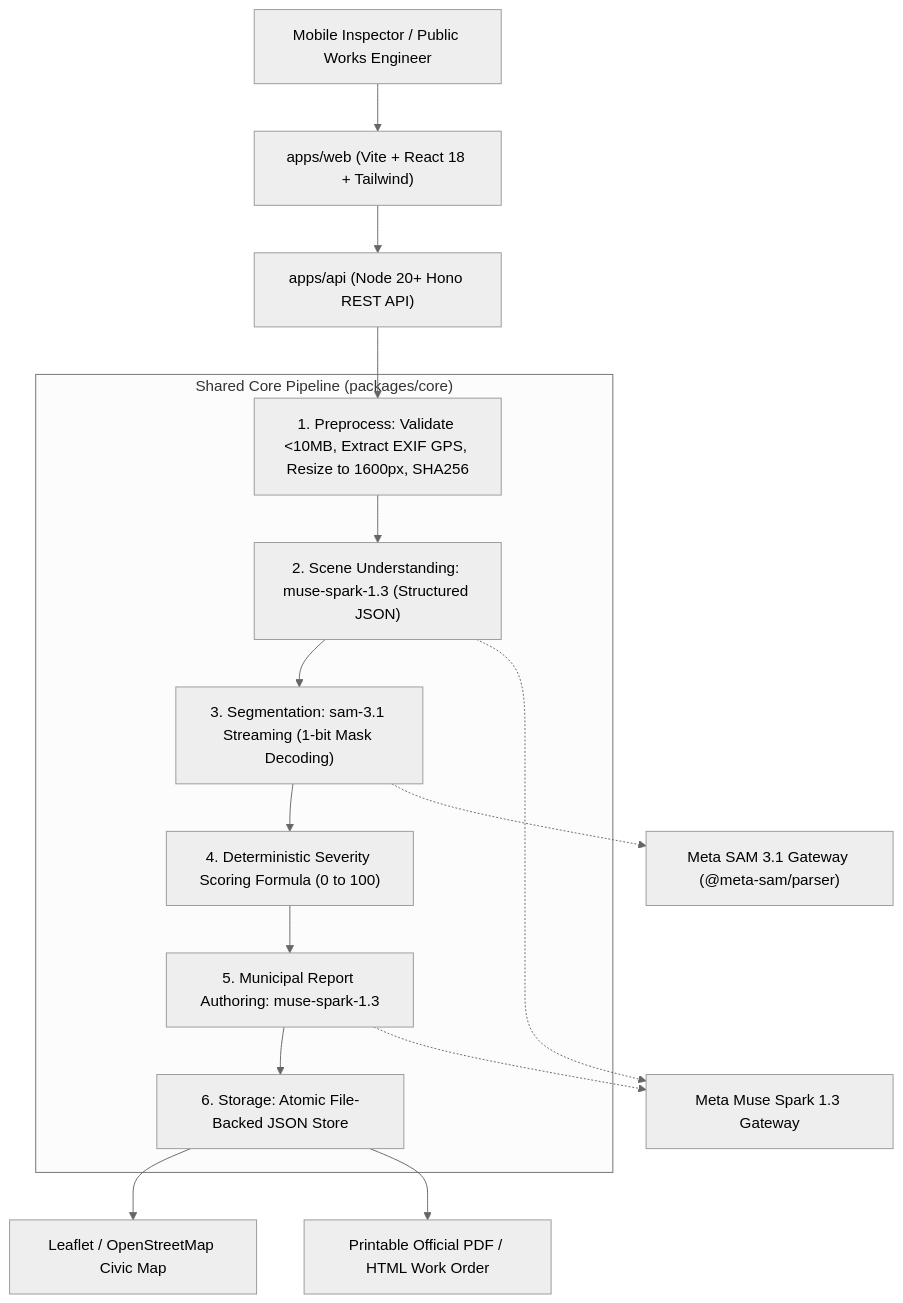
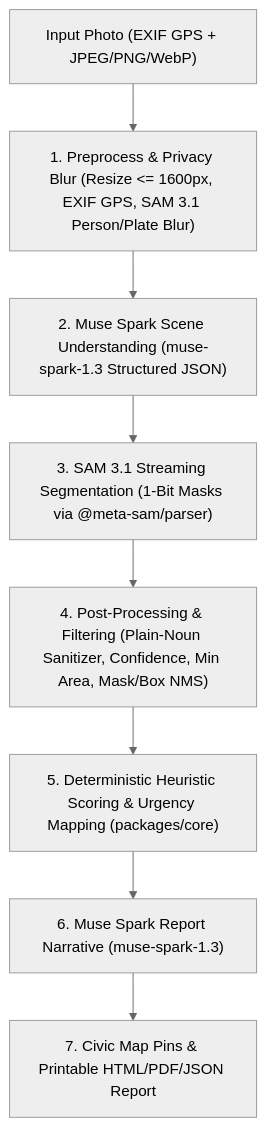
Before and after one commit to Foxcrack/viaguard: the diagram in README.md, drawn with Mermaid (neutral theme). The commit also changed other lines of this file and 2 other files, not shown here.

````diff
--- a/README.md
+++ b/README.md
@@ -45,28 +45,10 @@
 ```mermaid
 flowchart TD
-    User["Mobile Inspector / Public Works Engineer"] --> Web["apps/web (Vite + React 18 + Tailwind)"]
-    Web --> API["apps/api (Node 20+ Hono REST API)"]
-    
-    subgraph CorePipeline["Shared Core Pipeline (packages/core)"]
-        Preprocess["1. Preprocess: Validate &lt;10MB, Extract EXIF GPS, Resize to 1600px, SHA256"]
-        MuseVision["2. Scene Understanding: muse-spark-1.3 (Structured JSON)"]
-        SAMStream["3. Segmentation: sam-3.1 Streaming (1-bit Mask Decoding)"]
-        Scoring["4. Deterministic Severity Scoring Formula (0 to 100)"]
-        MuseReport["5. Municipal Report Authoring: muse-spark-1.3"]
-        Persist["6. Storage: Atomic File-Backed JSON Store"]
-    end
-    
-    API --> Preprocess
-    Preprocess --> MuseVision
-    MuseVision --> SAMStream
-    SAMStream --> Scoring
-    Scoring --> MuseReport
-    MuseReport --> Persist
-    
-    SAMStream -.-> MetaSAM["Meta SAM 3.1 Gateway (@meta-sam/parser)"]
-    MuseVision -.-> MetaMuse["Meta Muse Spark 1.3 Gateway"]
-    MuseReport -.-> MetaMuse
-    
-    Persist --> Map["Leaflet / OpenStreetMap Civic Map"]
-    Persist --> Export["Printable Official PDF / HTML Work Order"]
+    Photo["Input Photo (EXIF GPS + JPEG/PNG/WebP)"] --> Preprocess["1. Preprocess & Privacy Blur (Resize <= 1600px, EXIF GPS, SAM 3.1 Person/Plate Blur)"]
+    Preprocess --> MuseScene["2. Muse Spark Scene Understanding (muse-spark-1.3 Structured JSON)"]
+    MuseScene --> SAMSeg["3. SAM 3.1 Streaming Segmentation (1-Bit Masks via @meta-sam/parser)"]
+    SAMSeg --> FilterNMS["4. Post-Processing & Filtering (Plain-Noun Sanitizer, Confidence, Min Area, Mask/Box NMS)"]
+    FilterNMS --> Scoring["5. Deterministic Heuristic Scoring & Urgency Mapping (packages/core)"]
+    Scoring --> MuseReport["6. Muse Spark Report Narrative (muse-spark-1.3)"]
+    MuseReport --> Outputs["7. Civic Map Pins & Printable HTML/PDF/JSON Report"]
 ```
````
